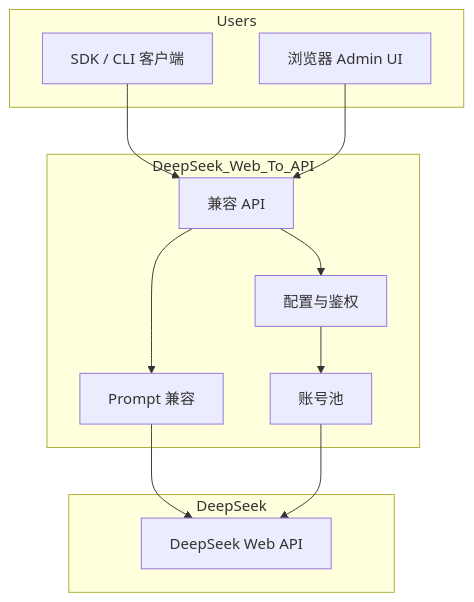
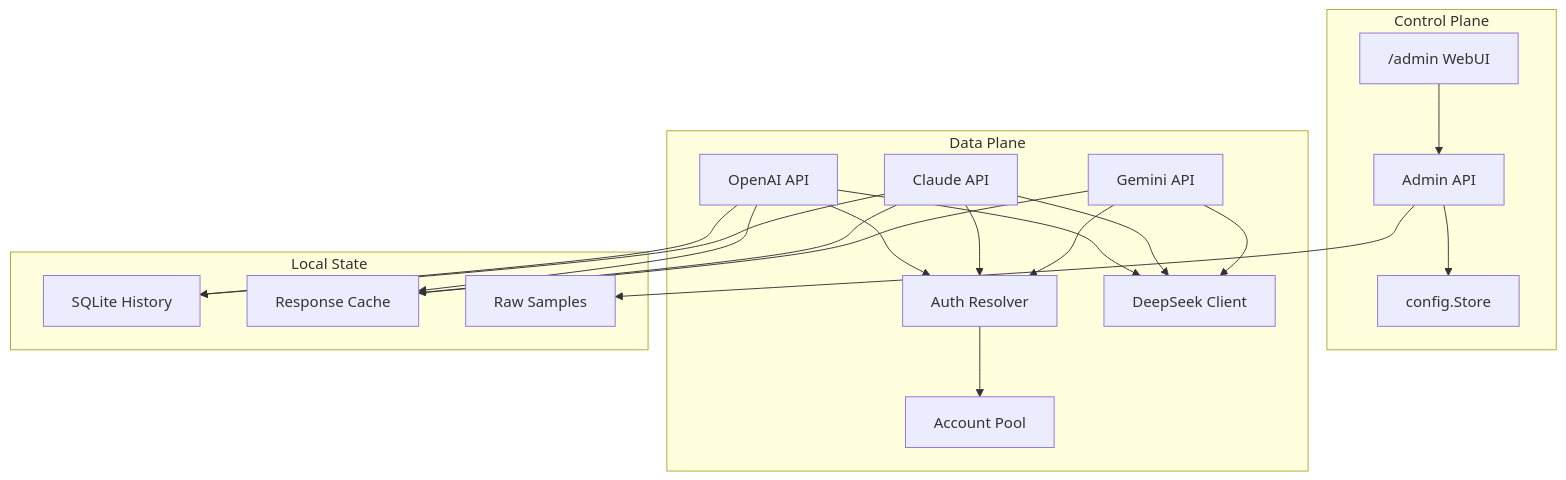
The second of 2 diagrams in docs/Project Overview/Project Overview.md (marklove5102/DeepSeek_Web_To_API), drawn with Mermaid before and after one commit. The commit also changed other lines of this file and 27 other files, not shown here.

````diff
--- a/docs/Project Overview/Project Overview.md
+++ b/docs/Project Overview/Project Overview.md
@@ -84,23 +100,36 @@
 ```mermaid
 graph TB
-subgraph "Users"
-SDK["SDK / CLI 客户端"]
-ADMIN["浏览器 Admin UI"]
+subgraph "Control Plane"
+ADMINWEB["/admin WebUI"]
+ADMINAPI["Admin API"]
+CONFIGSTORE["config.Store"]
 end
-subgraph "DeepSeek_Web_To_API"
-API["兼容 API"]
-CONFIG["配置与鉴权"]
-POOL["账号池"]
-COMPAT["Prompt 兼容"]
+subgraph "Data Plane"
+OPENAI["OpenAI API"]
+CLAUDE["Claude API"]
+GEMINI["Gemini API"]
+AUTH["Auth Resolver"]
+POOL["Account Pool"]
+UPSTREAM["DeepSeek Client"]
 end
-subgraph "DeepSeek"
-WEB["DeepSeek Web API"]
+subgraph "Local State"
+HISTORY["SQLite History"]
+CACHE["Response Cache"]
+RAW["Raw Samples"]
 end
-SDK --> API
-ADMIN --> API
-API --> CONFIG
-CONFIG --> POOL
-API --> COMPAT
-COMPAT --> WEB
-POOL --> WEB
+ADMINWEB --> ADMINAPI
+ADMINAPI --> CONFIGSTORE
+OPENAI --> AUTH
+CLAUDE --> AUTH
+GEMINI --> AUTH
+AUTH --> POOL
+OPENAI --> UPSTREAM
+CLAUDE --> UPSTREAM
+GEMINI --> UPSTREAM
+OPENAI --> HISTORY
+CLAUDE --> HISTORY
+OPENAI --> CACHE
+CLAUDE --> CACHE
+GEMINI --> CACHE
+ADMINAPI --> RAW
 ```
````
